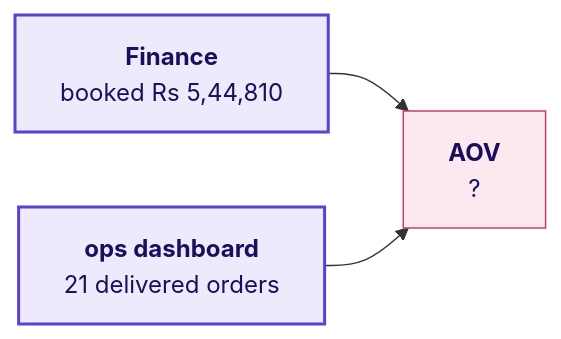
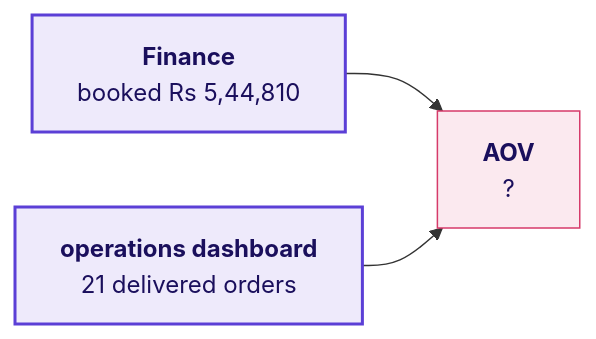
Before and after one commit to fde-academy-lab/c2-content-factory: diagram 17 of 31 in content/W01/D1/slides/C2_W01_D01_half1_STUDENT.md, drawn with Mermaid. The commit also changed other lines of this file and 22 other files, not shown here.

````diff
--- a/content/W01/D1/slides/C2_W01_D01_half1_STUDENT.md
+++ b/content/W01/D1/slides/C2_W01_D01_half1_STUDENT.md
@@ -632,9 +953,9 @@
 ```mermaid
 flowchart LR
     F["<b>Finance</b><br/>booked Rs 5,44,810"] --> X["<b>AOV</b><br/>?"]
-    O["<b>ops dashboard</b><br/>21 delivered orders"] --> X
+    O["<b>operations dashboard</b><br/>21 delivered orders"] --> X
+    classDef known fill:#EEEAFB,stroke:#5B3FD6,color:#1A0F5C,stroke-width:2px
     classDef bad fill:#FBE9EF,stroke:#D63A6A,color:#1A0F5C
-    classDef known fill:#EEEAFB,stroke:#5B3FD6,color:#1A0F5C,stroke-width:2px
     class F,O known
     class X bad
 ```
````
